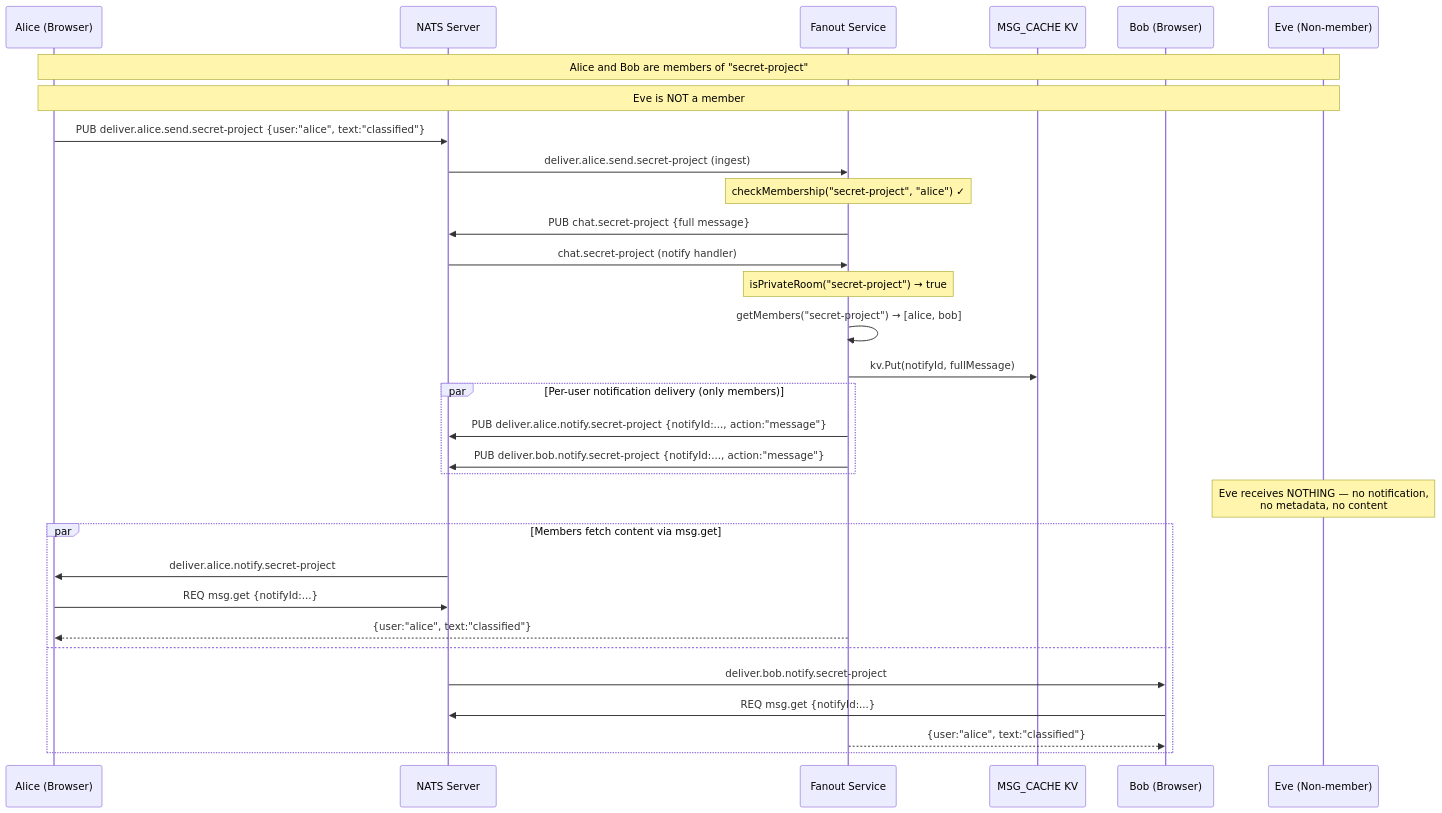
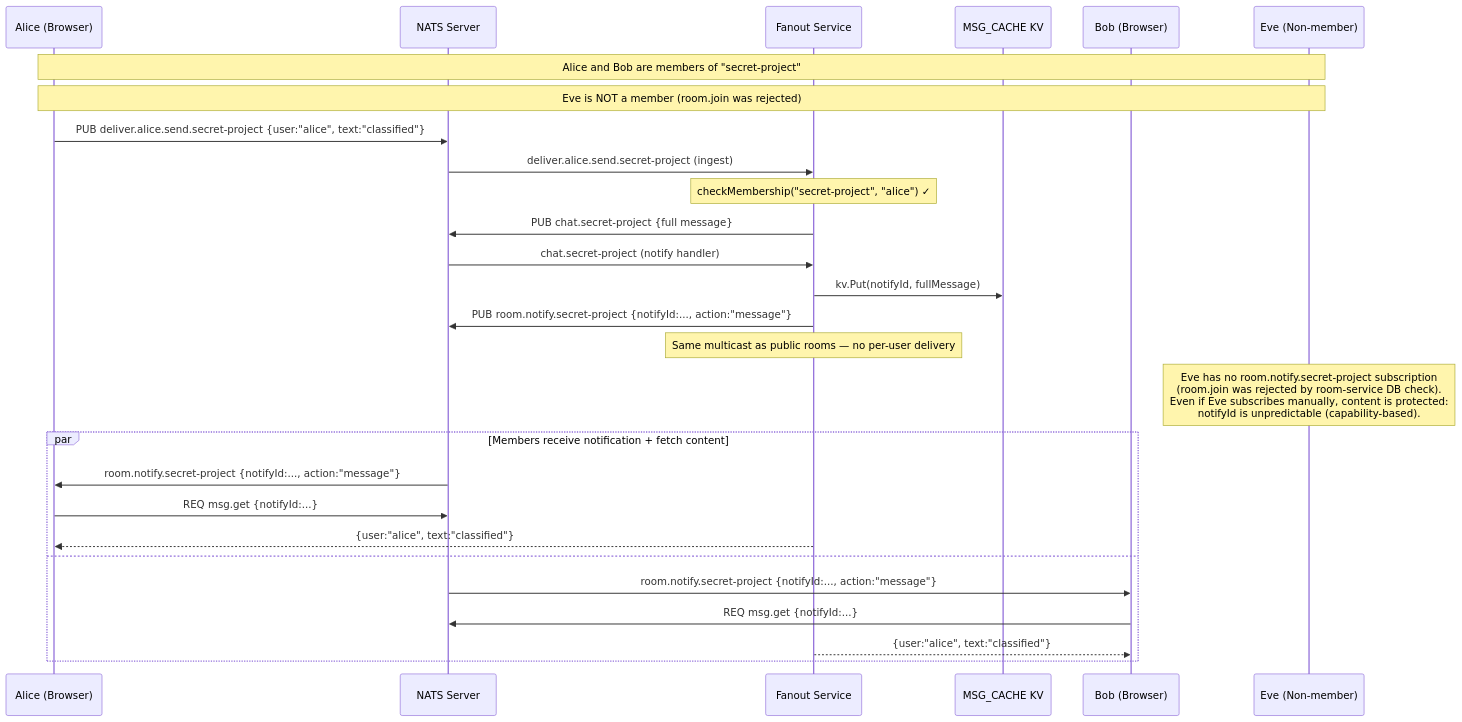
One commit to julianshen/nats-chat-keycloak changed the second of 16 diagrams in docs/plans/2026-02-25-room-subscription-design.md. Above: the diagram before and after it, drawn with Mermaid. The commit also changed other lines of this file, not shown here.

First line of the commit message:
Update room subscription design doc to match current implementation

````diff
--- a/docs/plans/2026-02-25-room-subscription-design.md
+++ b/docs/plans/2026-02-25-room-subscription-design.md
@@ -102,39 +103,34 @@
 ```mermaid
 sequenceDiagram
     participant Alice as Alice (Browser)
     participant NATS as NATS Server
     participant Fanout as Fanout Service
     participant Cache as MSG_CACHE KV
     participant Bob as Bob (Browser)
     participant Eve as Eve (Non-member)
 
     Note over Alice,Eve: Alice and Bob are members of "secret-project"
-    Note over Alice,Eve: Eve is NOT a member
+    Note over Alice,Eve: Eve is NOT a member (room.join was rejected)
 
     Alice->>NATS: PUB deliver.alice.send.secret-project {user:"alice", text:"classified"}
     NATS->>Fanout: deliver.alice.send.secret-project (ingest)
     Note over Fanout: checkMembership("secret-project", "alice") ✓
     Fanout->>NATS: PUB chat.secret-project {full message}
 
     NATS->>Fanout: chat.secret-project (notify handler)
-    Note over Fanout: isPrivateRoom("secret-project") → true
-    Fanout->>Fanout: getMembers("secret-project") → [alice, bob]
     Fanout->>Cache: kv.Put(notifyId, fullMessage)
+    Fanout->>NATS: PUB room.notify.secret-project {notifyId:..., action:"message"}
+    Note over Fanout: Same multicast as public rooms — no per-user delivery
 
-    par Per-user notification delivery (only members)
-        Fanout->>NATS: PUB deliver.alice.notify.secret-project {notifyId:..., action:"message"}
-        Fanout->>NATS: PUB deliver.bob.notify.secret-project {notifyId:..., action:"message"}
-    end
+    Note over Eve: Eve has no room.notify.secret-project subscription<br/>(room.join was rejected by room-service DB check).<br/>Even if Eve subscribes manually, content is protected:<br/>notifyId is unpredictable (capability-based).
 
-    Note over Eve: Eve receives NOTHING — no notification,<br/>no metadata, no content
-
-    par Members fetch content via msg.get
-        NATS->>Alice: deliver.alice.notify.secret-project
+    par Members receive notification + fetch content
+        NATS->>Alice: room.notify.secret-project {notifyId:..., action:"message"}
         Alice->>NATS: REQ msg.get {notifyId:...}
         Fanout-->>Alice: {user:"alice", text:"classified"}
     and
-        NATS->>Bob: deliver.bob.notify.secret-project
+        NATS->>Bob: room.notify.secret-project {notifyId:..., action:"message"}
         Bob->>NATS: REQ msg.get {notifyId:...}
         Fanout-->>Bob: {user:"alice", text:"classified"}
     end
 ```
````
